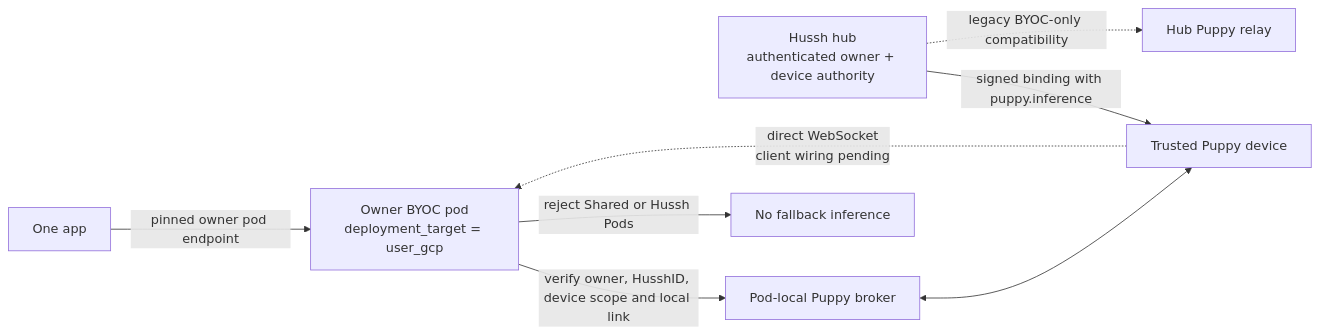
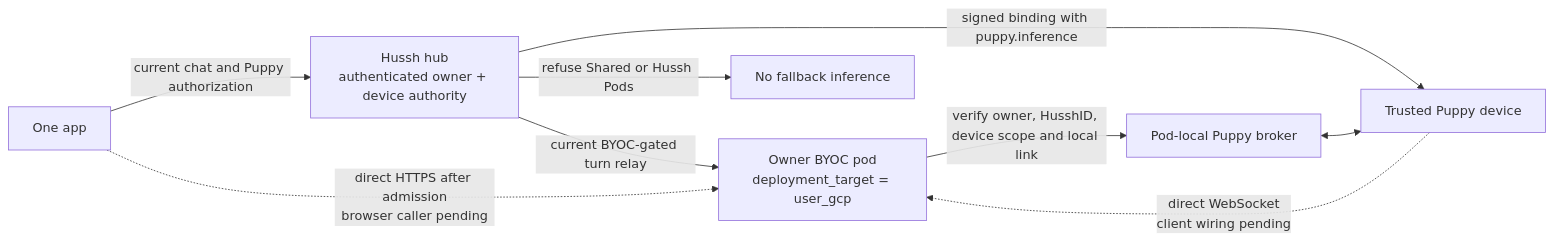
Before and after one commit to hushh-labs/hushh-research: the second of 4 diagrams in docs/reference/architecture/views/deployment.md, drawn with Mermaid. The commit also changed other lines of this file and 3 other files, not shown here.

Commit message:
Clarify hub and direct pod paths in architecture views

````diff
--- a/docs/reference/architecture/views/deployment.md
+++ b/docs/reference/architecture/views/deployment.md
@@ -84,12 +85,13 @@
 ```mermaid
 flowchart LR
   accTitle: Puppy BYOC inference
-  accDescr: Source-only BYOC binding and conditional direct pod connection; device rehearsal pending.
-  App["One app"] -->|pinned owner pod endpoint| Pod["Owner BYOC pod<br/>deployment_target = user_gcp"]
-  Hub["Hussh hub<br/>authenticated owner + device authority"] -->|signed binding with puppy.inference| Device["Trusted Puppy device"]
+  accDescr: Current hub relay and source-only direct browser and device paths; device rehearsal pending.
+  App["One app"] -->|current chat and Puppy authorization| Hub["Hussh hub<br/>authenticated owner + device authority"]
+  Hub -->|current BYOC-gated turn relay| Pod["Owner BYOC pod<br/>deployment_target = user_gcp"]
+  App -.->|direct HTTPS after admission<br/>browser caller pending| Pod
+  Hub -->|signed binding with puppy.inference| Device["Trusted Puppy device"]
   Device -.->|direct WebSocket<br/>client wiring pending| Pod
   Pod -->|verify owner, HusshID, device scope and local link| Broker["Pod-local Puppy broker"]
   Broker <--> Device
-  Pod -->|reject Shared or Hussh Pods| Refuse["No fallback inference"]
-  Hub -.->|legacy BYOC-only compatibility| OldRelay["Hub Puppy relay"]
+  Hub -->|refuse Shared or Hussh Pods| Refuse["No fallback inference"]
 ```
````
